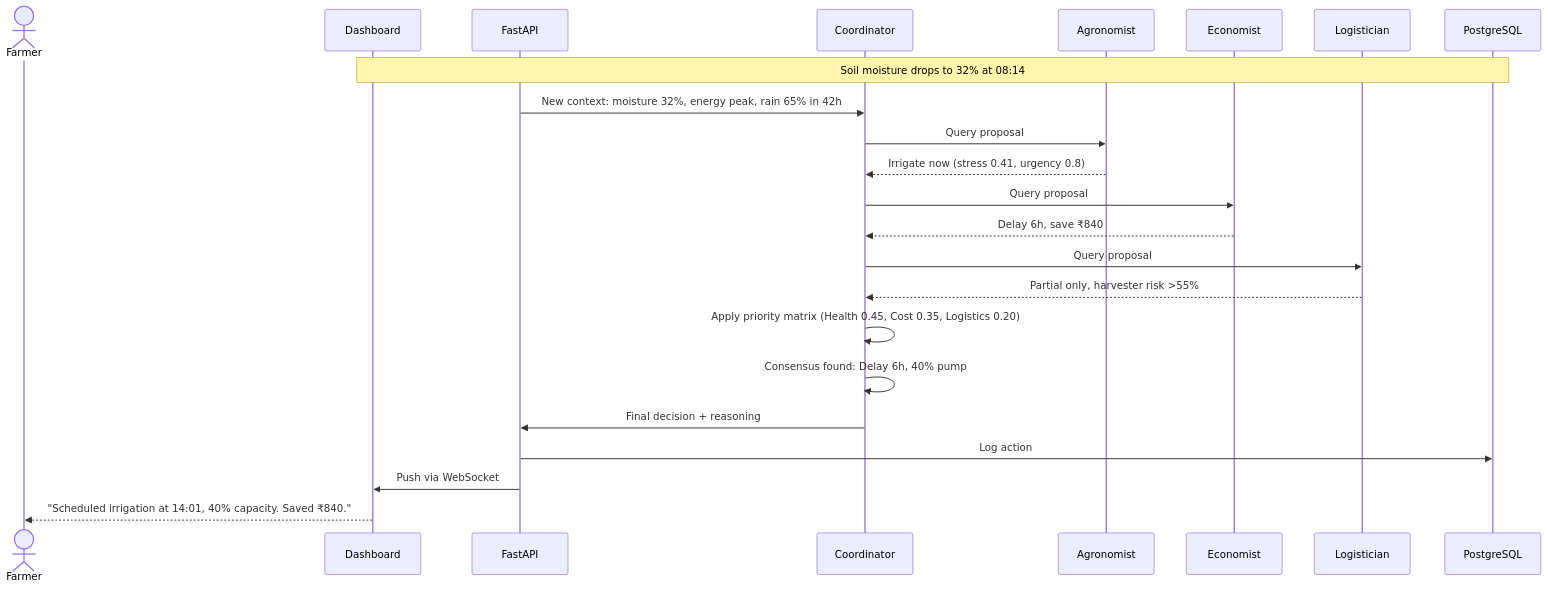
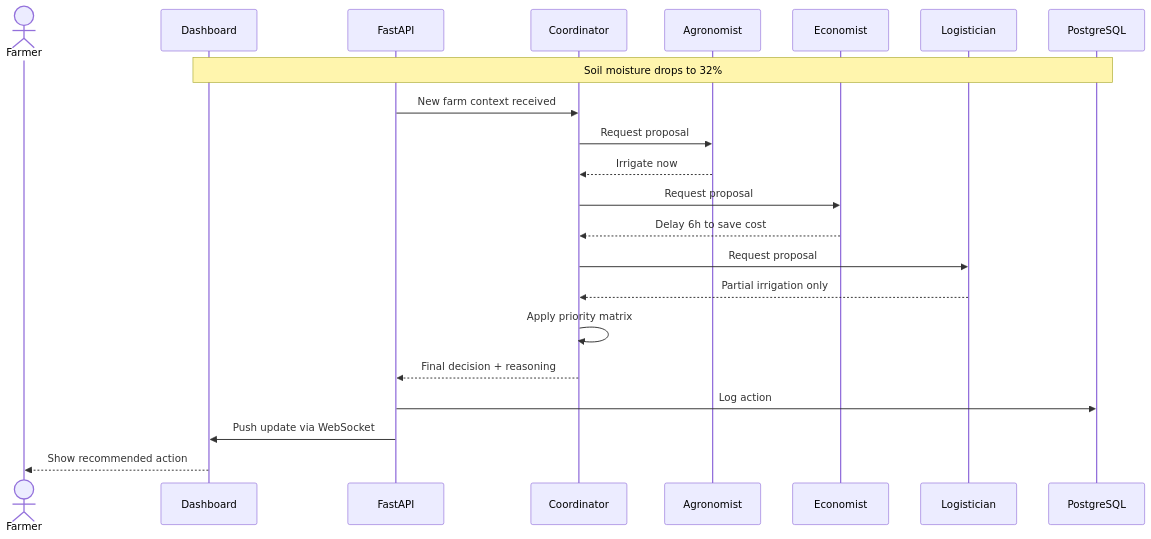
Before and after one commit to ayushjhaa1187-spec/agri_reform_vision: the third of 5 diagrams in README.md, drawn with Mermaid. The commit also changed other lines of this file, not shown here.

````diff
--- a/README.md
+++ b/README.md
@@ -191,28 +226,27 @@
 ```mermaid
 sequenceDiagram
     actor Farmer
     participant UI as Dashboard
     participant Backend as FastAPI
     participant Coord as Coordinator
     participant Agro as Agronomist
     participant Econ as Economist
     participant Logi as Logistician
     participant DB as PostgreSQL
 
-    Note over UI,DB: Soil moisture drops to 32% at 08:14
+    Note over UI,DB: Soil moisture drops to 32%
 
-    Backend->>Coord: New context: moisture 32%, energy peak, rain 65% in 42h
-    Coord->>Agro: Query proposal
-    Agro-->>Coord: Irrigate now (stress 0.41, urgency 0.8)
-    Coord->>Econ: Query proposal
-    Econ-->>Coord: Delay 6h, save ₹840
-    Coord->>Logi: Query proposal
-    Logi-->>Coord: Partial only, harvester risk >55%
+    Backend->>Coord: New farm context received
+    Coord->>Agro: Request proposal
+    Agro-->>Coord: Irrigate now
+    Coord->>Econ: Request proposal
+    Econ-->>Coord: Delay 6h to save cost
+    Coord->>Logi: Request proposal
+    Logi-->>Coord: Partial irrigation only
 
-    Coord->>Coord: Apply priority matrix (Health 0.45, Cost 0.35, Logistics 0.20)
-    Coord->>Coord: Consensus found: Delay 6h, 40% pump
-    Coord->>Backend: Final decision + reasoning
+    Coord->>Coord: Apply priority matrix
+    Coord-->>Backend: Final decision + reasoning
     Backend->>DB: Log action
-    Backend->>UI: Push via WebSocket
-    UI-->>Farmer: "Scheduled irrigation at 14:01, 40% capacity. Saved ₹840."
+    Backend->>UI: Push update via WebSocket
+    UI-->>Farmer: Show recommended action
 ```
````
